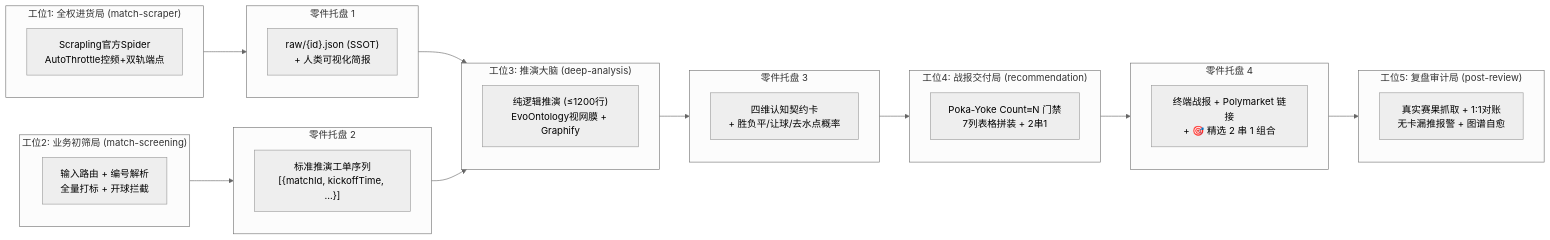
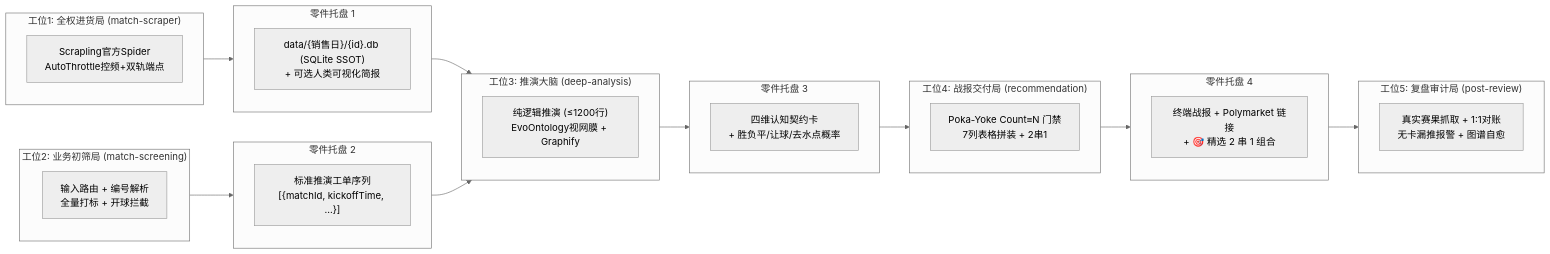
Before and after one commit to i0ivi0i/supodds: the second of 2 diagrams in AGENTS.md, drawn with Mermaid (neutral theme). The commit also changed other lines of this file and 56 other files, not shown here.

````diff
--- a/AGENTS.md
+++ b/AGENTS.md
@@ -398,38 +400,38 @@
 ```mermaid
 flowchart LR
     subgraph W1 ["工位1: 全权进货局 (match-scraper)"]
         S1["Scrapling官方Spider<br/>AutoThrottle控频+双轨端点"]
     end
     subgraph T1 ["零件托盘 1"]
-        D1["raw/{id}.json (SSOT)<br/>+ 人类可视化简报"]
+        D1["data/{销售日}/{id}.db (SQLite SSOT)<br/>+ 可选人类可视化简报"]
     end
     subgraph W2 ["工位2: 业务初筛局 (match-screening)"]
         S2["输入路由 + 编号解析<br/>全量打标 + 开球拦截"]
     end
     subgraph T2 ["零件托盘 2"]
         D2["标准推演工单序列<br/>[{matchId, kickoffTime, ...}]"]
     end
     subgraph W3 ["工位3: 推演大脑 (deep-analysis)"]
         S3["纯逻辑推演 (≤1200行)<br/>EvoOntology视网膜 + Graphify"]
     end
     subgraph T3 ["零件托盘 3"]
         D3["四维认知契约卡<br/>+ 胜负平/让球/去水点概率"]
     end
     subgraph W4 ["工位4: 战报交付局 (recommendation)"]
         S4["Poka-Yoke Count≡N 门禁<br/>7列表格拼装 + 2串1"]
     end
     subgraph T4 ["零件托盘 4"]
         D4["终端战报 + Polymarket 链接<br/>+ 🎯 精选 2 串 1 组合"]
     end
     subgraph W5 ["工位5: 复盘审计局 (post-review)"]
         S5["真实赛果抓取 + 1:1对账<br/>无卡漏推报警 + 图谱自愈"]
     end
 
     W1 --> T1
     W2 --> T2
     T1 & T2 --> W3
     W3 --> T3
     T3 --> W4
     W4 --> T4
     T4 --> W5
 ```
````
